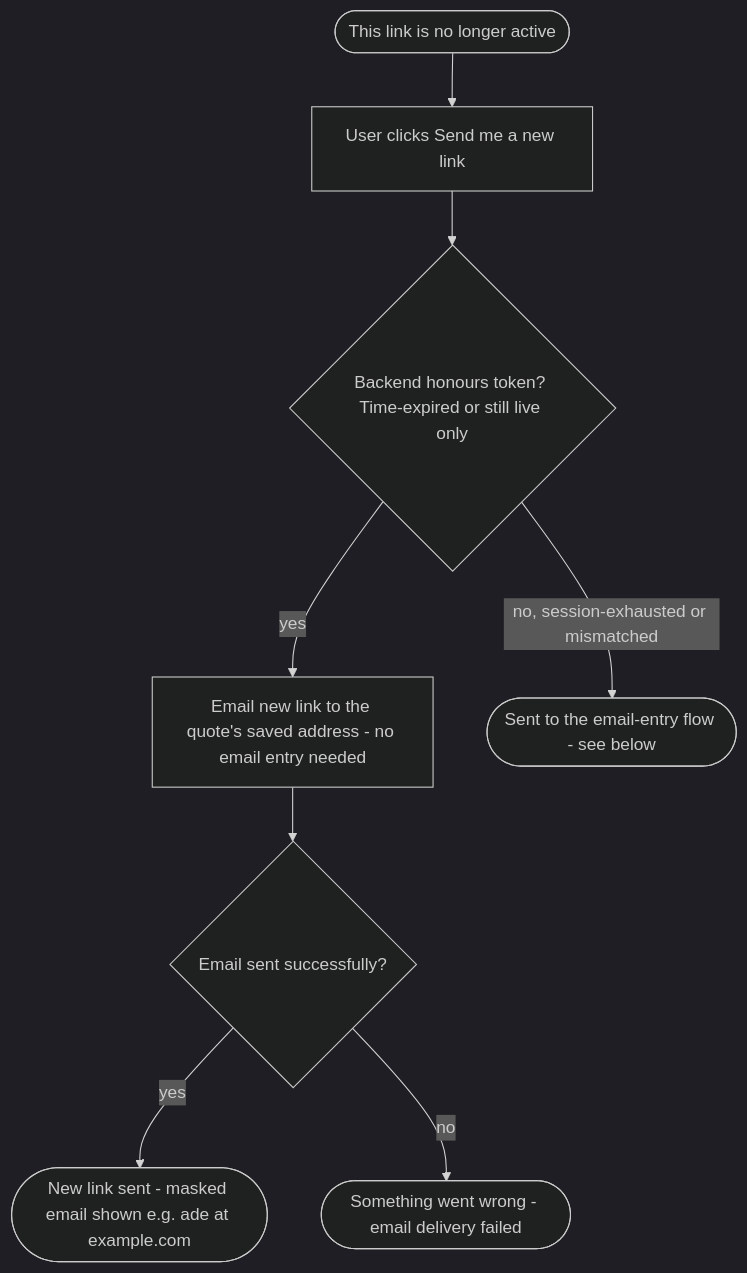
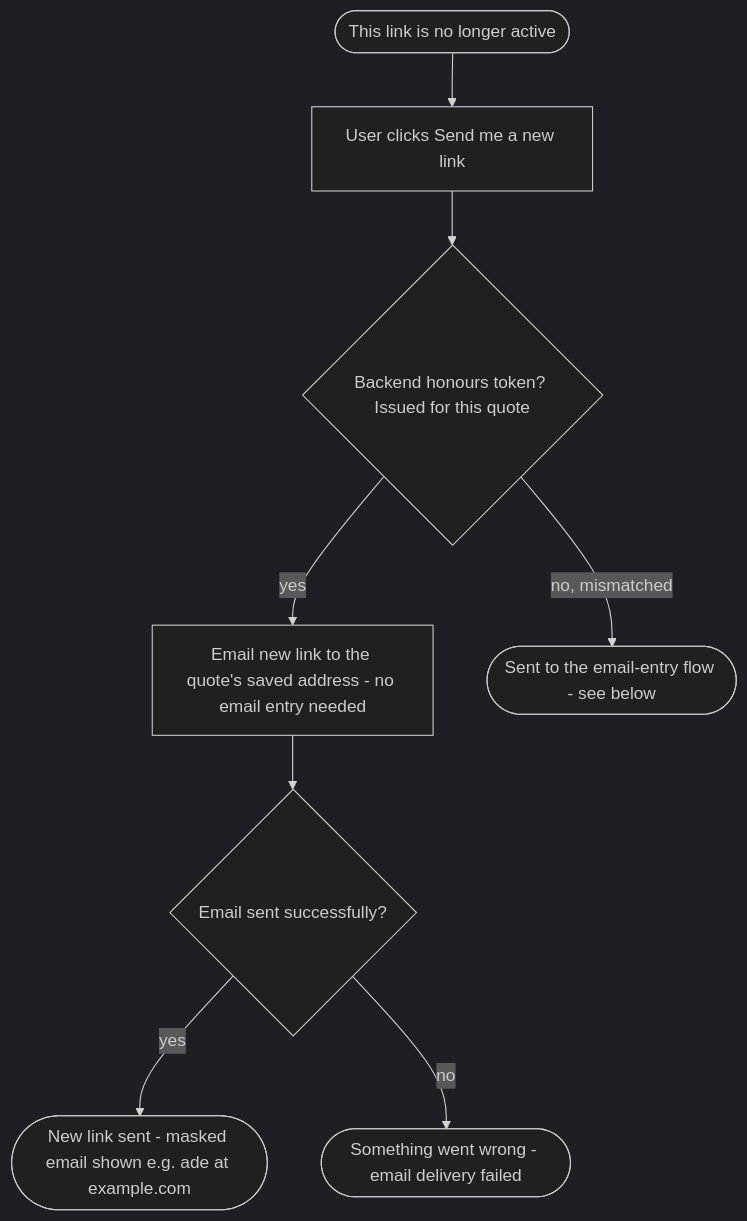
One commit to DEFRA/nrf-solution changed the first of 2 diagrams in docs/features/magic-links/resend-flow.md. Above: the diagram before and after it, drawn with Mermaid (dark theme). The commit also changed other lines of this file and 5 other files, not shown here.

````diff
--- a/docs/features/magic-links/resend-flow.md
+++ b/docs/features/magic-links/resend-flow.md
@@ -15,12 +18,12 @@
 ```mermaid
 flowchart TD
   knownpage([This link is no longer active]) --> clickbtn[User clicks Send me a new link]
-  clickbtn --> tokencheck{Backend honours token? Time-expired or still live only}
+  clickbtn --> tokencheck{Backend honours token? Issued for this quote}
 
   tokencheck -- yes --> send[Email new link to the quote's saved address - no email entry needed]
   send --> sent{Email sent successfully?}
   sent -- yes --> confirm([New link sent - masked email shown e.g. ade at example.com])
   sent -- no --> err([Something went wrong - email delivery failed])
 
-  tokencheck -- no, session-exhausted or mismatched --> fallback([Sent to the email-entry flow - see below])
+  tokencheck -- no, mismatched --> fallback([Sent to the email-entry flow - see below])
 ```
````
